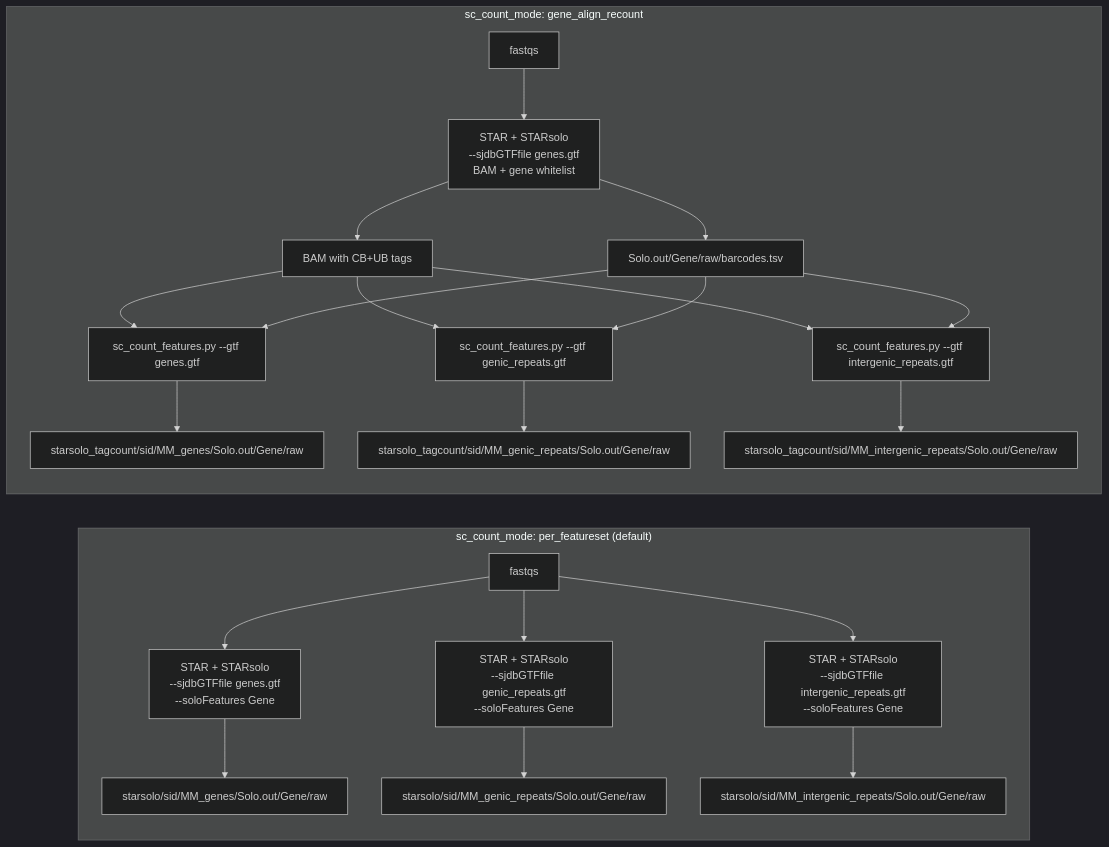
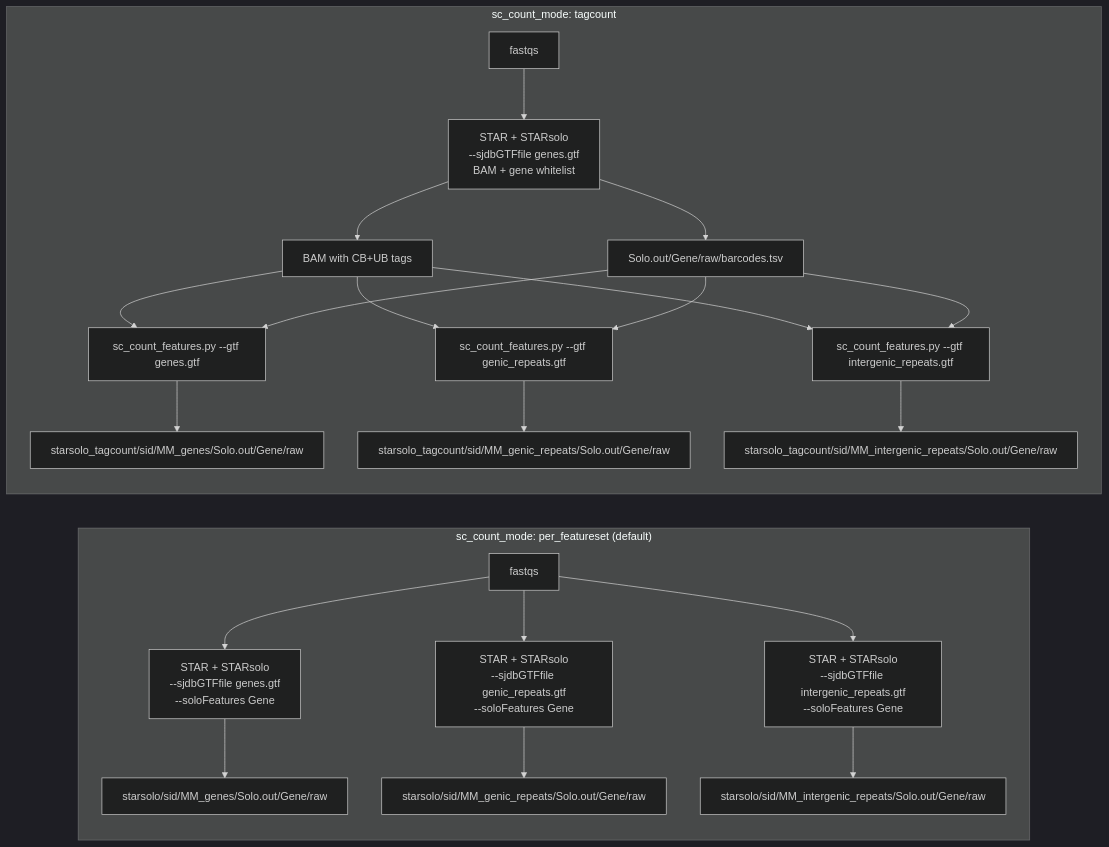
Before and after one commit to imallona/repeats: the fourth of 6 diagrams in docs/diagrams.md, drawn with Mermaid (dark theme). The commit also changed other lines of this file and 11 other files, not shown here.

````diff
--- a/docs/diagrams.md
+++ b/docs/diagrams.md
@@ -156,23 +156,23 @@
 ```mermaid
 flowchart LR
     subgraph m1["sc_count_mode: per_featureset (default)"]
         A1[fastqs] --> S1["STAR + STARsolo<br/>--sjdbGTFfile genes.gtf<br/>--soloFeatures Gene"]
         A1 --> S2["STAR + STARsolo<br/>--sjdbGTFfile genic_repeats.gtf<br/>--soloFeatures Gene"]
         A1 --> S3["STAR + STARsolo<br/>--sjdbGTFfile intergenic_repeats.gtf<br/>--soloFeatures Gene"]
         S1 --> O1["starsolo/sid/MM_genes/Solo.out/Gene/raw"]
         S2 --> O2["starsolo/sid/MM_genic_repeats/Solo.out/Gene/raw"]
         S3 --> O3["starsolo/sid/MM_intergenic_repeats/Solo.out/Gene/raw"]
     end
 
-    subgraph m2["sc_count_mode: gene_align_recount"]
+    subgraph m2["sc_count_mode: tagcount"]
         B1[fastqs] --> T1["STAR + STARsolo<br/>--sjdbGTFfile genes.gtf<br/>BAM + gene whitelist"]
         T1 --> BAM[BAM with CB+UB tags]
         T1 --> WL[Solo.out/Gene/raw/barcodes.tsv]
         BAM & WL --> R1["sc_count_features.py --gtf genes.gtf"]
         BAM & WL --> R2["sc_count_features.py --gtf genic_repeats.gtf"]
         BAM & WL --> R3["sc_count_features.py --gtf intergenic_repeats.gtf"]
         R1 --> P1["starsolo_tagcount/sid/MM_genes/Solo.out/Gene/raw"]
         R2 --> P2["starsolo_tagcount/sid/MM_genic_repeats/Solo.out/Gene/raw"]
         R3 --> P3["starsolo_tagcount/sid/MM_intergenic_repeats/Solo.out/Gene/raw"]
     end
 ```
````
